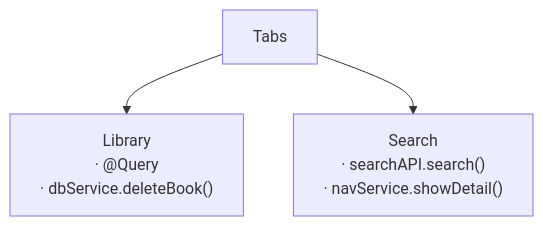
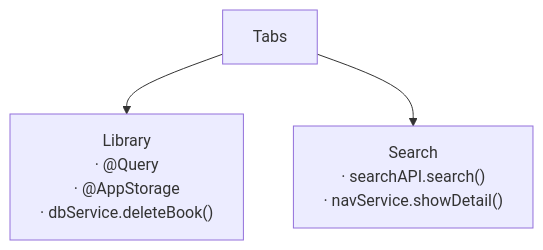
Before and after one commit to sisoje/hypermodular: the diagram in example/Landing/Tabs/MAP.md, drawn with Mermaid. The commit also changed 5 other files, not shown here.

First line of the commit message:
example/ step 2 done: Library and BookDetail evidence; F17; step 3 decided

````diff
--- a/example/Landing/Tabs/MAP.md
+++ b/example/Landing/Tabs/MAP.md
@@ -1,6 +1,6 @@
 ```mermaid
 %% Root: Tabs · Parent: Landing (../MAP.md)
 flowchart TD
-    Tabs --> Library["Library<br/>· @Query<br/>· dbService.deleteBook()"]
+    Tabs --> Library["Library<br/>· @Query<br/>· @AppStorage<br/>· dbService.deleteBook()"]
     Tabs --> Search["Search<br/>· searchAPI.search()<br/>· navService.showDetail()"]
 ```
````
